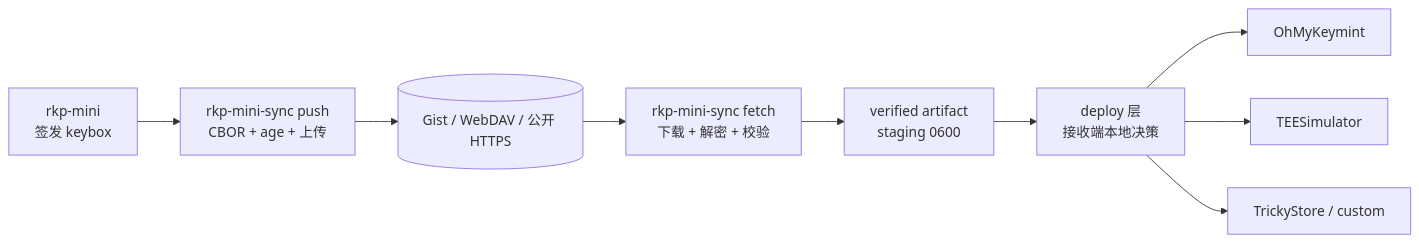
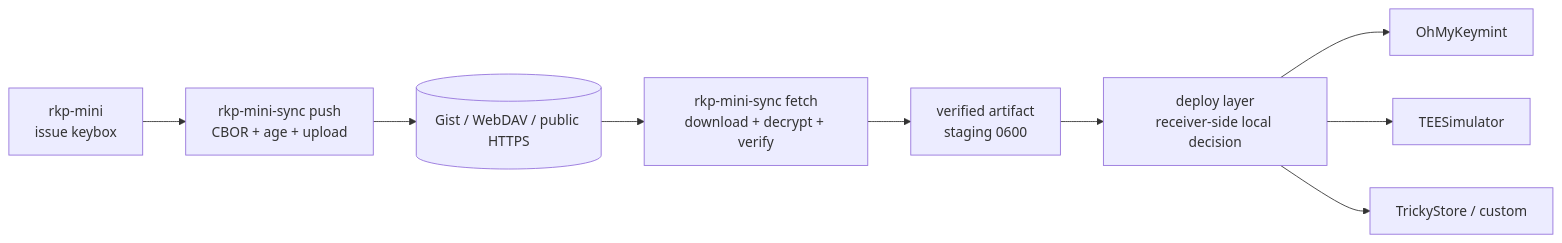
The diagram in docs/REMOTE_SYNC_DEVELOP.md (etnperlong/rkp-mini), drawn with Mermaid before and after one commit. The commit also changed other lines of this file and 11 other files, not shown here.

````diff
--- a/docs/REMOTE_SYNC_DEVELOP.md
+++ b/docs/REMOTE_SYNC_DEVELOP.md
@@ -177,11 +181,11 @@
 ```mermaid
 flowchart LR
-  A[rkp-mini<br/>签发 keybox] --> B[rkp-mini-sync push<br/>CBOR + age + 上传]
-  B --> C[(Gist / WebDAV / 公开 HTTPS)]
-  C --> D[rkp-mini-sync fetch<br/>下载 + 解密 + 校验]
+  A[rkp-mini<br/>issue keybox] --> B[rkp-mini-sync push<br/>CBOR + age + upload]
+  B --> C[(Gist / WebDAV / public HTTPS)]
+  C --> D[rkp-mini-sync fetch<br/>download + decrypt + verify]
   D --> E[verified artifact<br/>staging 0600]
-  E --> F[deploy 层<br/>接收端本地决策]
+  E --> F[deploy layer<br/>receiver-side local decision]
   F --> G[OhMyKeymint]
   F --> H[TEESimulator]
   F --> I[TrickyStore / custom]
 ```
````
